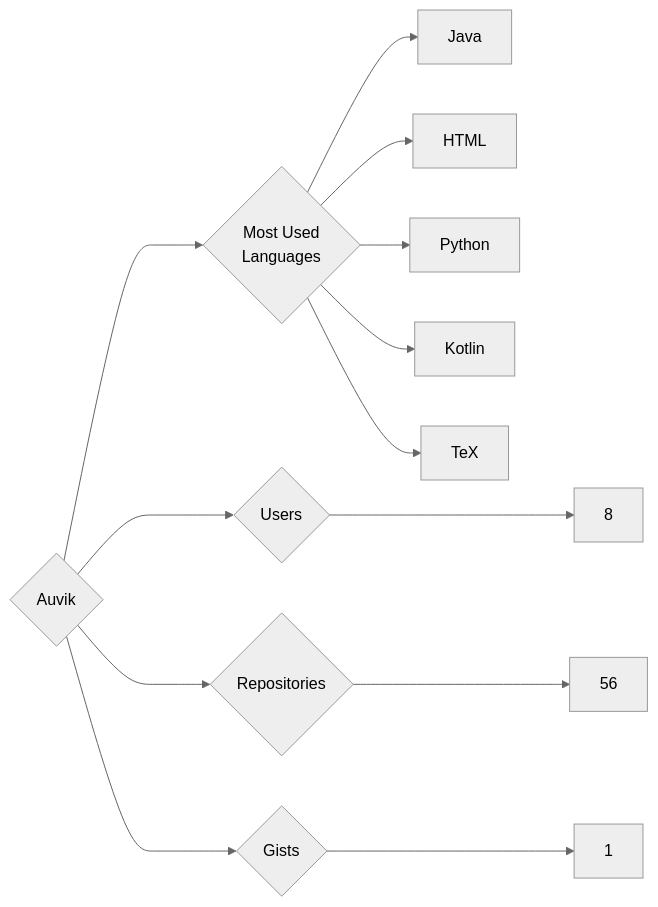
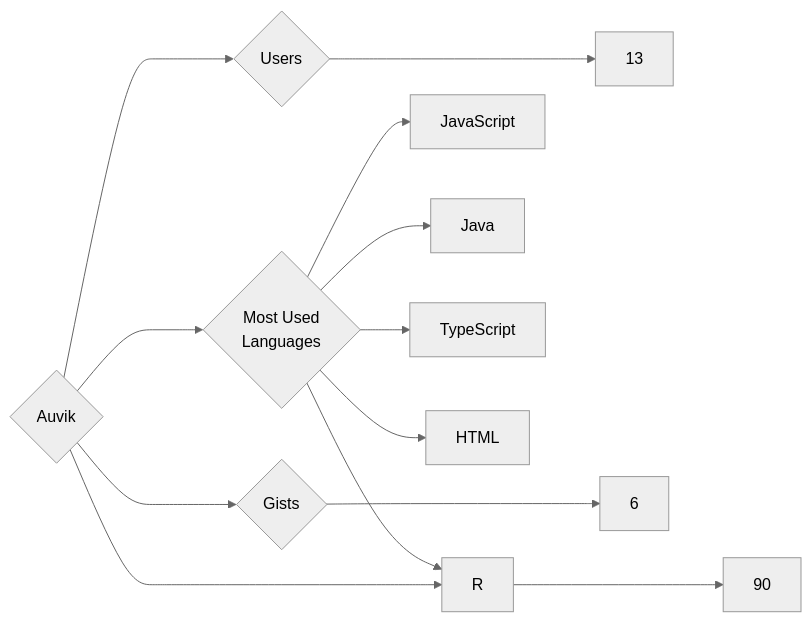
Before and after one commit to trickest/insiders: the diagram in targets/Auvik/README.md, drawn with Mermaid (neutral theme). The commit also changed 777 other files, not shown here.

````diff
--- a/targets/Auvik/README.md
+++ b/targets/Auvik/README.md
@@ -3,13 +3,13 @@
 ```mermaid
 graph LR
 COMPANY_NAME{Auvik}
-COMPANY_NAME ---> U{Users} ---> UN[8]
-COMPANY_NAME ---> R{Repositories} ---> RN[56]
-COMPANY_NAME ---> G{Gists} ---> GN[1]
+COMPANY_NAME ---> U{Users} ---> UN[13]
+COMPANY_NAME ---> R{Repositories} ---> RN[90]
+COMPANY_NAME ---> G{Gists} ---> GN[6]
 COMPANY_NAME ---> ML{Most Used<br>Languages}
+ML --> JavaScript[JavaScript]
 ML --> Java[Java]
+ML --> TypeScript[TypeScript]
 ML --> HTML[HTML]
-ML --> Python[Python]
-ML --> Kotlin[Kotlin]
-ML --> TeX[TeX]
+ML --> R[R]
 ```
````
